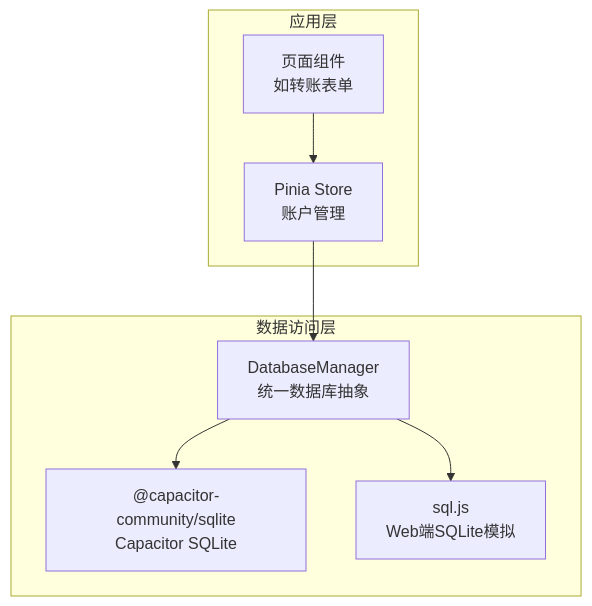
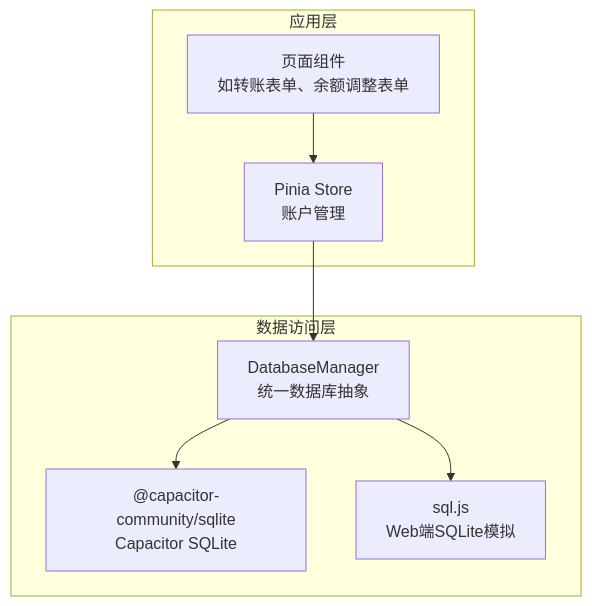
The first of 6 diagrams in .qoder/repowiki/zh/content/数据库管理/数据库操作/事务管理.md (xiao-lin-unit/yuan), drawn with Mermaid before and after one commit. The commit also changed other lines of this file and 10 other files, not shown here.

````diff
--- a/.qoder/repowiki/zh/content/数据库管理/数据库操作/事务管理.md
+++ b/.qoder/repowiki/zh/content/数据库管理/数据库操作/事务管理.md
@@ -29,16 +38,16 @@
 ```mermaid
 graph TB
 subgraph "应用层"
-UI["页面组件<br/>如转账表单"]
+UI["页面组件<br/>如转账表单、余额调整表单"]
 Store["Pinia Store<br/>账户管理"]
 end
 subgraph "数据访问层"
 DBMgr["DatabaseManager<br/>统一数据库抽象"]
 CapSQLite["@capacitor-community/sqlite<br/>Capacitor SQLite"]
 SQLJS["sql.js<br/>Web端SQLite模拟"]
 end
 UI --> Store
 Store --> DBMgr
 DBMgr --> CapSQLite
 DBMgr --> SQLJS
 ```
````
